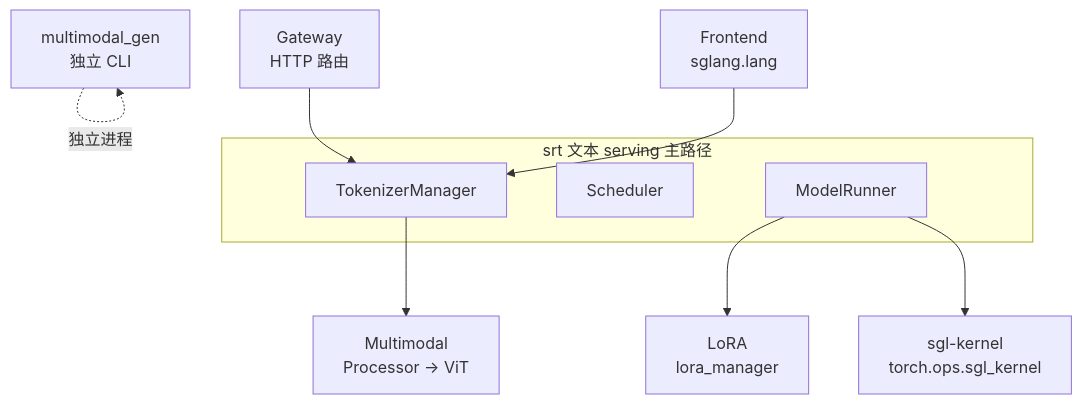
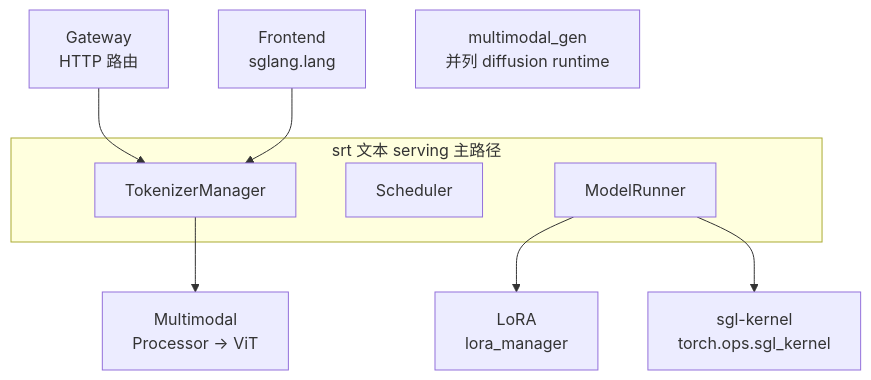
One commit to OnlyHero5/sglang-reading-vault changed the diagram in sglang_reading/扩展组件/SGLang-扩展组件.md. Above: the diagram before and after it, drawn with Mermaid. The commit also changed other lines of this file and 512 other files, not shown here.

````diff
--- a/sglang_reading/扩展组件/SGLang-扩展组件.md
+++ b/sglang_reading/扩展组件/SGLang-扩展组件.md
@@ -37,20 +37,19 @@
 ```mermaid
 flowchart TB
  subgraph srt["srt 文本 serving 主路径"]
  TM[TokenizerManager]
  SCH[Scheduler]
  MR[ModelRunner]
  end
  MM["Multimodal<br/>Processor → ViT"]
  LORA["LoRA<br/>lora_manager"]
  KERN["sgl-kernel<br/>torch.ops.sgl_kernel"]
  GW["Gateway<br/>HTTP 路由"]
  FE["Frontend<br/>sglang.lang"]
- DIFF["multimodal_gen<br/>独立 CLI"]
+ DIFF["multimodal_gen<br/>并列 diffusion runtime"]
  TM --> MM
  MR --> LORA
  MR --> KERN
  GW --> TM
  FE --> TM
- DIFF -.->|"独立进程"| DIFF
 ```
````
